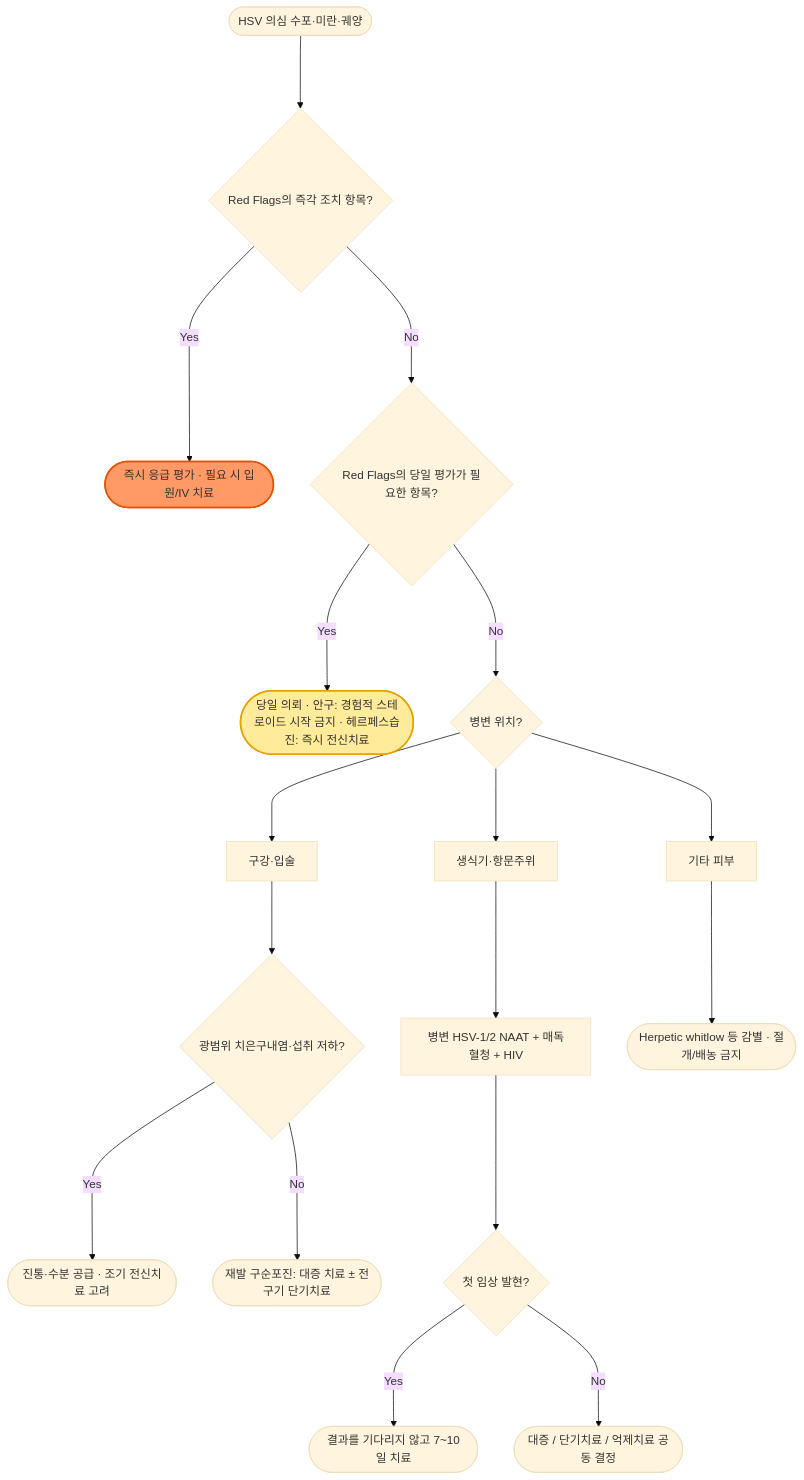
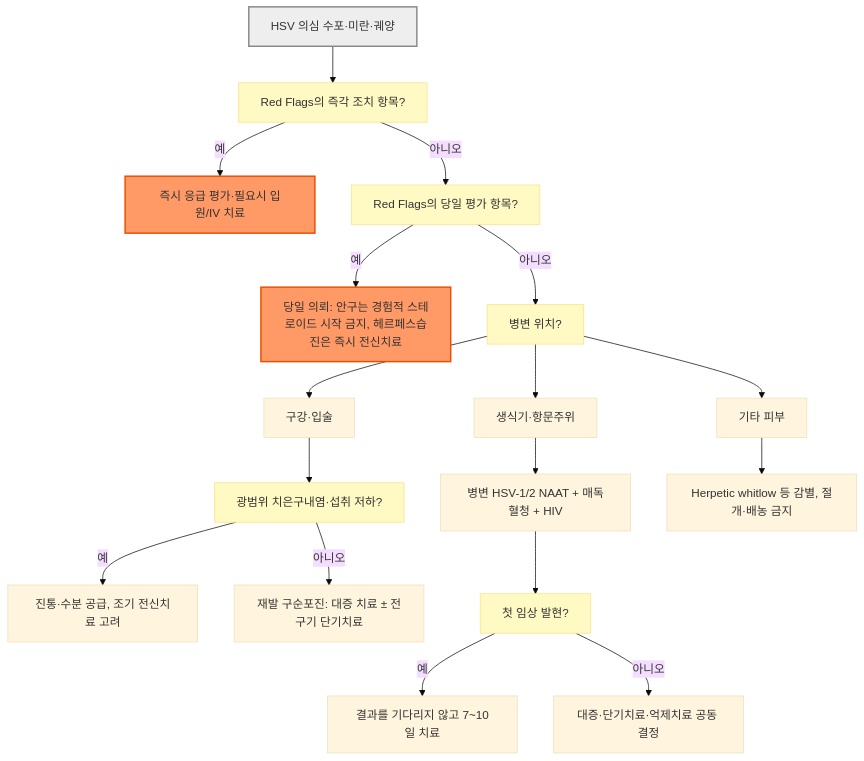
The diagram in 229_/181_-herpes-simplex.md (familyoh77/familyoh77), drawn with Mermaid (base theme) before and after one commit. The commit also changed other lines of this file and 5 other files, not shown here.

````diff
--- a/229_/181_-herpes-simplex.md
+++ b/229_/181_-herpes-simplex.md
@@ -179,21 +177,28 @@
 ```mermaid
 flowchart TD
-    A(["HSV 의심 수포·미란·궤양"]) ---> B{"Red Flags의 즉각 조치 항목?"}
-    B --->|Yes| C(["즉시 응급 평가 · 필요 시 입원/IV 치료"])
-    B --->|No| R{"Red Flags의 당일 평가가 필요한 항목?"}
-    R --->|Yes| S(["당일 의뢰 · 안구: 경험적 스테로이드 시작 금지 · 헤르페스습진: 즉시 전신치료"])
-    R --->|No| D{"병변 위치?"}
-    D ---> E["구강·입술"]
-    D ---> F["생식기·항문주위"]
-    D ---> G["기타 피부"]
-    E ---> H{"광범위 치은구내염·섭취 저하?"}
-    H --->|Yes| I(["진통·수분 공급 · 조기 전신치료 고려"])
-    H --->|No| J(["재발 구순포진: 대증 치료 ± 전구기 단기치료"])
-    F ---> K["병변 HSV-1/2 NAAT + 매독혈청 + HIV"]
-    K ---> L{"첫 임상 발현?"}
-    L --->|Yes| M(["결과를 기다리지 않고 7~10일 치료"])
-    L --->|No| N(["대증 / 단기치료 / 억제치료 공동 결정"])
-    G ---> Q(["Herpetic whitlow 등 감별 · 절개/배농 금지"])
+    A["HSV 의심 수포·미란·궤양"] --> B["Red Flags의 즉각 조치 항목?"]
+    B -->|"예"| C["즉시 응급 평가·필요시 입원/IV 치료"]
+    B -->|"아니오"| R["Red Flags의 당일 평가 항목?"]
+    R -->|"예"| S["당일 의뢰: 안구는 경험적 스테로이드 시작 금지, 헤르페스습진은 즉시 전신치료"]
+    R -->|"아니오"| D["병변 위치?"]
+    D --> E["구강·입술"]
+    D --> F["생식기·항문주위"]
+    D --> G["기타 피부"]
+    E --> H["광범위 치은구내염·섭취 저하?"]
+    H -->|"예"| I["진통·수분 공급, 조기 전신치료 고려"]
+    H -->|"아니오"| J["재발 구순포진: 대증 치료 ± 전구기 단기치료"]
+    F --> K["병변 HSV-1/2 NAAT + 매독혈청 + HIV"]
+    K --> L["첫 임상 발현?"]
+    L -->|"예"| M["결과를 기다리지 않고 7~10일 치료"]
+    L -->|"아니오"| N["대증·단기치료·억제치료 공동 결정"]
+    G --> Q["Herpetic whitlow 등 감별, 절개·배농 금지"]
+
+    style A fill:#eeeeee,stroke:#888888,stroke-width:2px
+    style B fill:#fff9c4,stroke:#ffe082
+    style R fill:#fff9c4,stroke:#ffe082
+    style D fill:#fff9c4,stroke:#ffe082
+    style H fill:#fff9c4,stroke:#ffe082
+    style L fill:#fff9c4,stroke:#ffe082
     style C fill:#f96,stroke:#e65100,stroke-width:2px
-    style S fill:#ffeb99,stroke:#e6a100,stroke-width:2px
+    style S fill:#f96,stroke:#e65100,stroke-width:2px
 ```
````
